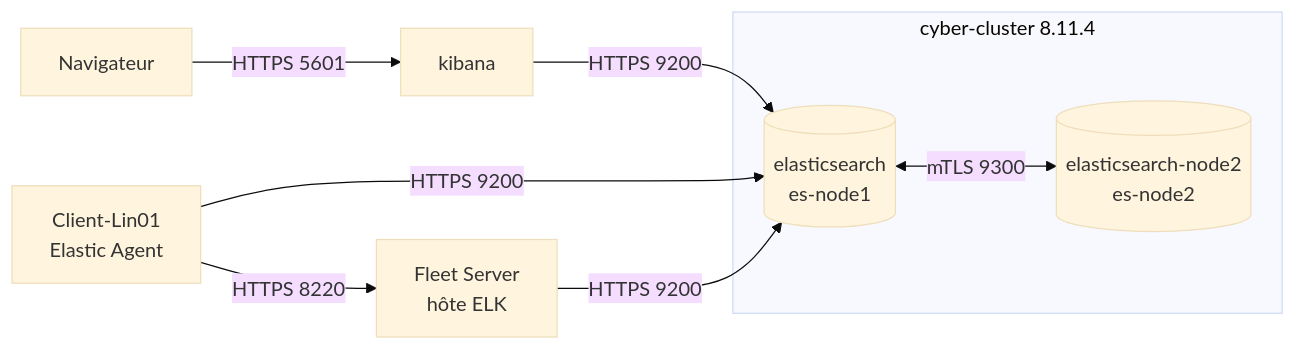
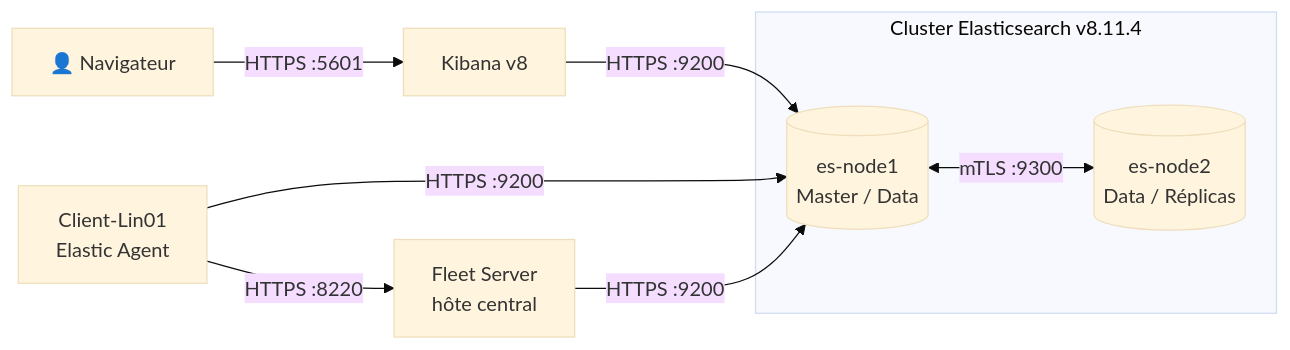
One commit to CodjoH/Elastic-Stack-Secure-Observability-Platform changed the diagram in README.md. Above: the diagram before and after it, drawn with Mermaid (base theme). The commit also changed other lines of this file, not shown here.

First line of the commit message:
Revise README for Elastic Stack miREADME : nouveau titre, badges, captures et mise en pagegration and hardening

````diff
--- a/README.md
+++ b/README.md
@@ -24,13 +42,13 @@
 ```mermaid
 flowchart LR
-    U[Navigateur] -- "HTTPS 5601" --> K[kibana]
-    K -- "HTTPS 9200" --> N1
-    subgraph CLUSTER[cyber-cluster 8.11.4]
-        N1[(elasticsearch<br/>es-node1)]
-        N2[(elasticsearch-node2<br/>es-node2)]
-        N1 <-- "mTLS 9300" --> N2
+    U[👤 Navigateur] -- "HTTPS :5601" --> K[Kibana v8]
+    K -- "HTTPS :9200" --> N1
+    subgraph CLUSTER["Cluster Elasticsearch v8.11.4"]
+        N1[(es-node1<br/>Master / Data)]
+        N2[(es-node2<br/>Data / Réplicas)]
+        N1 <-- "mTLS :9300" --> N2
     end
-    A[Client-Lin01<br/>Elastic Agent] -- "HTTPS 8220" --> FS[Fleet Server<br/>hôte ELK]
-    A -- "HTTPS 9200" --> N1
-    FS -- "HTTPS 9200" --> N1
+    A[Client-Lin01<br/>Elastic Agent] -- "HTTPS :8220" --> FS[Fleet Server<br/>hôte central]
+    A -- "HTTPS :9200" --> N1
+    FS -- "HTTPS :9200" --> N1
 ```
````
